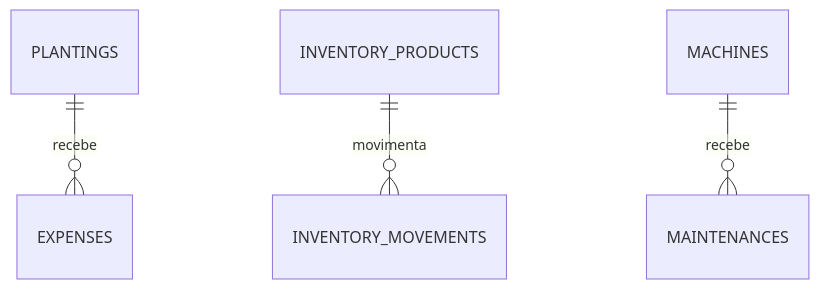
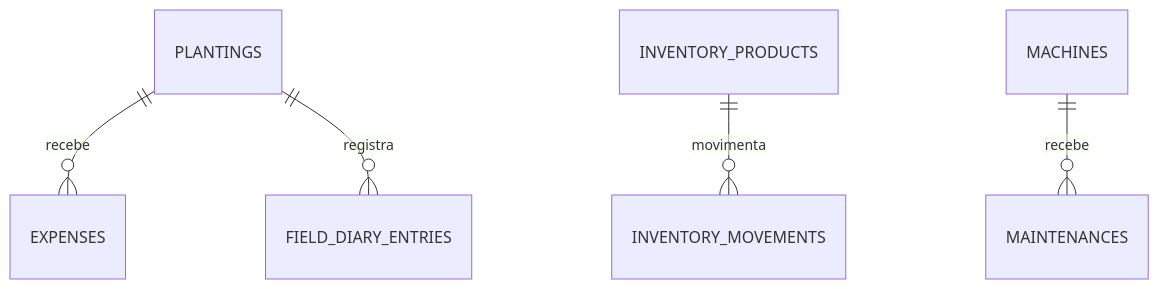
One commit to RodrigoPWalter/agrogestor changed the diagram in docs/DATABASE_MODEL.md. Above: the diagram before and after it, drawn with Mermaid. The commit also changed other lines of this file and 2 other files, not shown here.

````diff
--- a/docs/DATABASE_MODEL.md
+++ b/docs/DATABASE_MODEL.md
@@ -8,6 +8,7 @@
 ```mermaid
 erDiagram
     PLANTINGS ||--o{ EXPENSES : recebe
+    PLANTINGS ||--o{ FIELD_DIARY_ENTRIES : registra
     INVENTORY_PRODUCTS ||--o{ INVENTORY_MOVEMENTS : movimenta
     MACHINES ||--o{ MAINTENANCES : recebe
 ```
````
